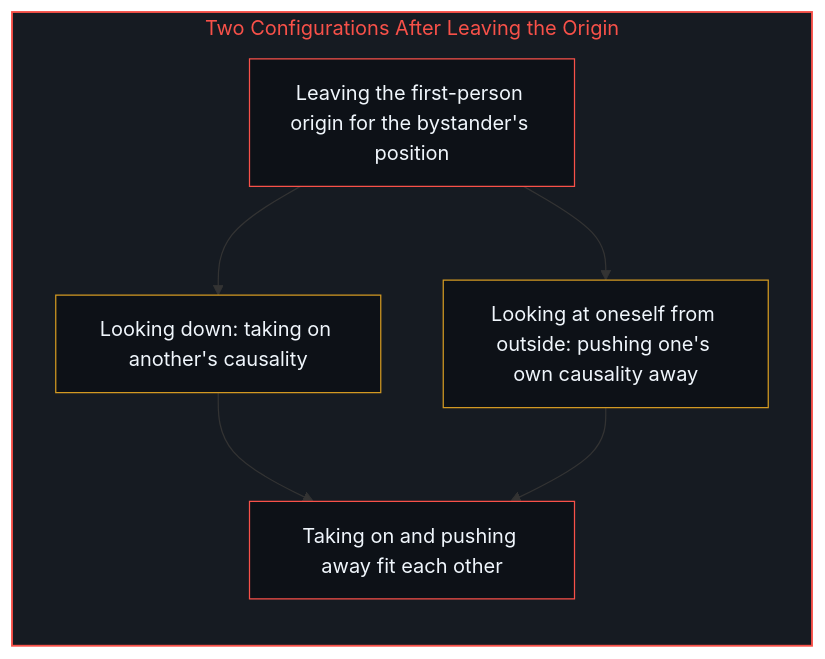
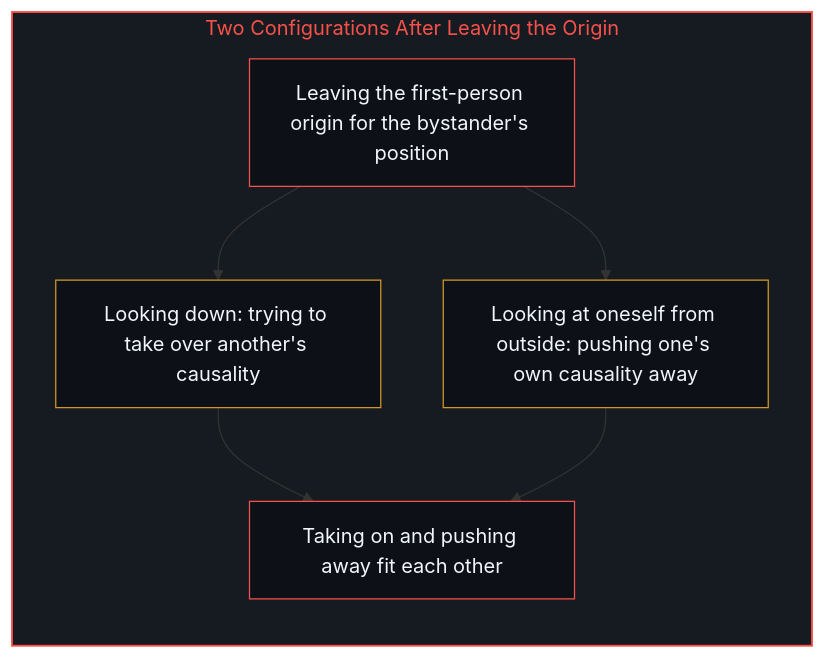
Before and after one commit to powerpig99/not-a-toe: the sixth of 12 diagrams in content/posts/the-mirror-handshake-of-power.md, drawn with Mermaid. The commit also changed other lines of this file and 6 other files, not shown here.

````diff
--- a/content/posts/the-mirror-handshake-of-power.md
+++ b/content/posts/the-mirror-handshake-of-power.md
@@ -151,19 +151,19 @@
 ```mermaid
 flowchart TD
     subgraph S_Bystander["Two Configurations After Leaving the Origin"]
         direction TB
         Leave["Leaving the first-person origin for the bystander's position"]
-        Take["Looking down: taking on another's causality"]
+        Take["Looking down: trying to take over another's causality"]
         Push["Looking at oneself from outside: pushing one's own causality away"]
         Lock["Taking on and pushing away fit each other"]
         Leave --> Take
         Leave --> Push
         Take --> Lock
         Push --> Lock
     end
     style S_Bystander fill:#161b22,stroke:#f85149,stroke-width:1.5px,color:#f85149
     style Leave fill:#0d1117,stroke:#f85149,stroke-width:1px,color:#f0f6fc
     style Take fill:#0d1117,stroke:#d29922,stroke-width:1px,color:#f0f6fc
     style Push fill:#0d1117,stroke:#d29922,stroke-width:1px,color:#f0f6fc
     style Lock fill:#0d1117,stroke:#f85149,stroke-width:1px,color:#f0f6fc
 ```
````
